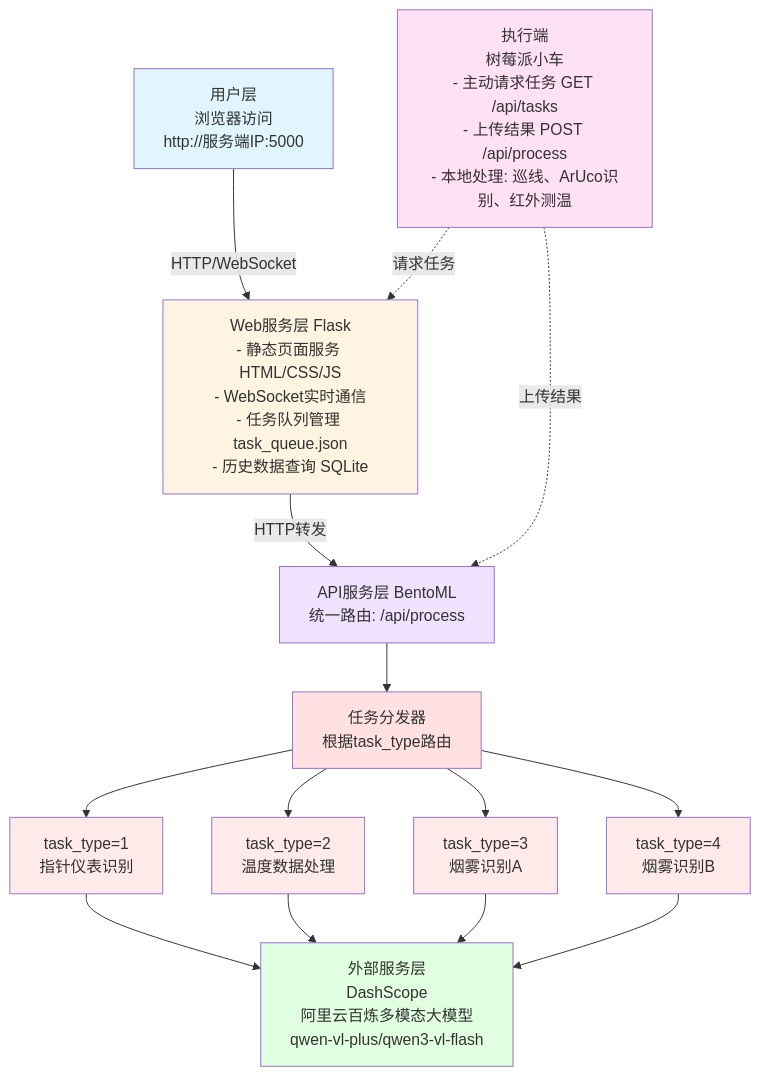
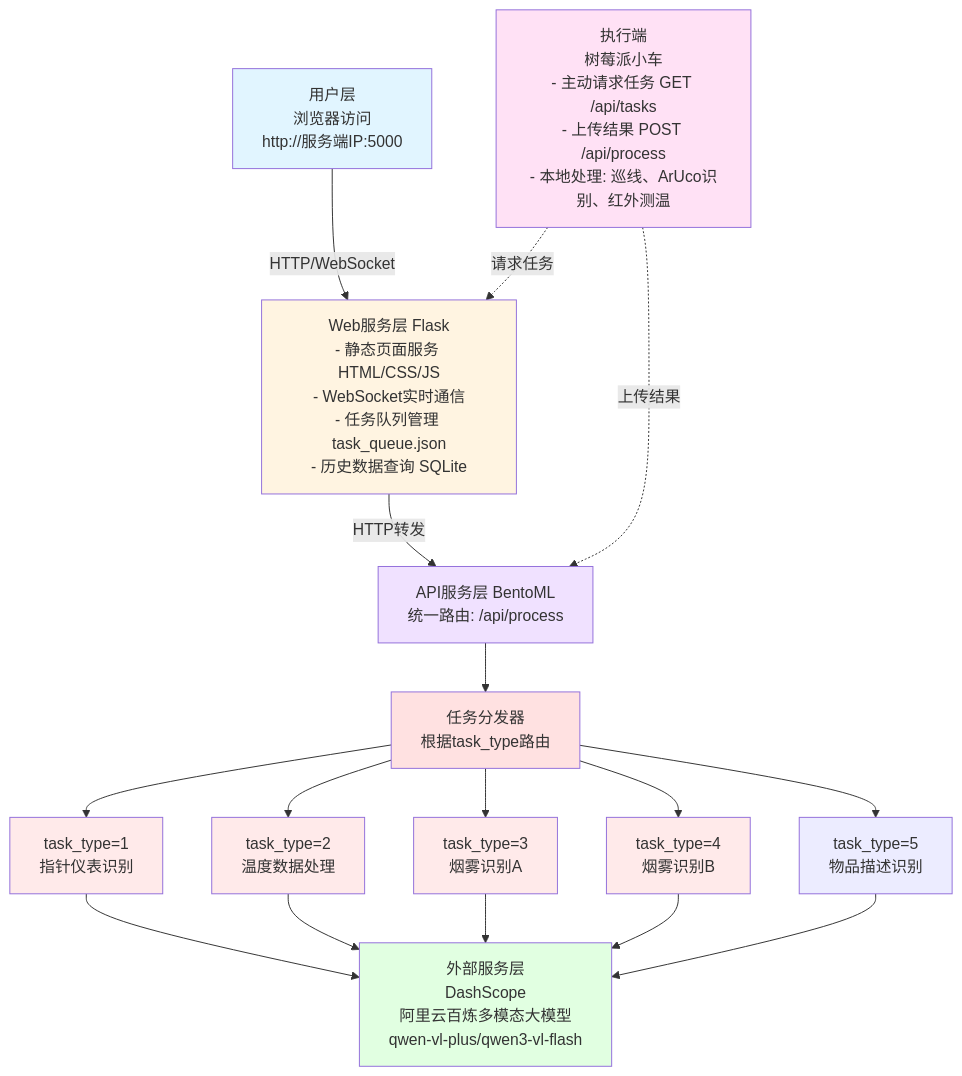
The second of 5 diagrams in 智能巡检服务端需求文档.md (jerkallen/RaspiCartServer), drawn with Mermaid before and after one commit. The commit also changed other lines of this file and 17 other files, not shown here.

````diff
--- a/智能巡检服务端需求文档.md
+++ b/智能巡检服务端需求文档.md
@@ -60,44 +62,47 @@
 ```mermaid
 graph TD
     A[用户层<br/>浏览器访问<br/>http://服务端IP:5000]
     
     B[Web服务层 Flask<br/>- 静态页面服务 HTML/CSS/JS<br/>- WebSocket实时通信<br/>- 任务队列管理 task_queue.json<br/>- 历史数据查询 SQLite]
     
     C[API服务层 BentoML<br/>统一路由: /api/process]
     
     D[任务分发器<br/>根据task_type路由]
     
     E[外部服务层<br/>DashScope<br/>阿里云百炼多模态大模型<br/>qwen-vl-plus/qwen3-vl-flash]
     
     F[执行端<br/>树莓派小车<br/>- 主动请求任务 GET /api/tasks<br/>- 上传结果 POST /api/process<br/>- 本地处理: 巡线、ArUco识别、红外测温]
     
     G1[task_type=1<br/>指针仪表识别]
     G2[task_type=2<br/>温度数据处理]
     G3[task_type=3<br/>烟雾识别A]
     G4[task_type=4<br/>烟雾识别B]
+    G5[task_type=5<br/>物品描述识别]
     
     A -->|HTTP/WebSocket| B
     B -->|HTTP转发| C
     C --> D
     D --> G1
     D --> G2
     D --> G3
     D --> G4
+    D --> G5
     G1 --> E
     G2 --> E
     G3 --> E
     G4 --> E
+    G5 --> E
     F -.->|请求任务| B
     F -.->|上传结果| C
     
     style A fill:#e1f5ff
     style B fill:#fff4e1
     style C fill:#f0e1ff
     style D fill:#ffe1e1
     style E fill:#e1ffe1
     style F fill:#ffe1f5
     style G1 fill:#ffeaea
     style G2 fill:#ffeaea
     style G3 fill:#ffeaea
     style G4 fill:#ffeaea
 ```
````
